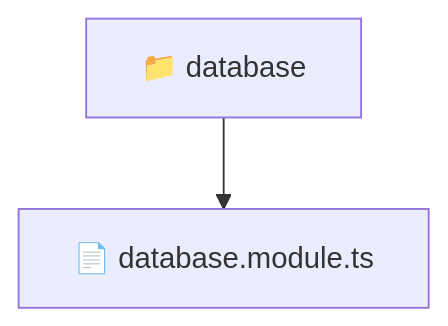
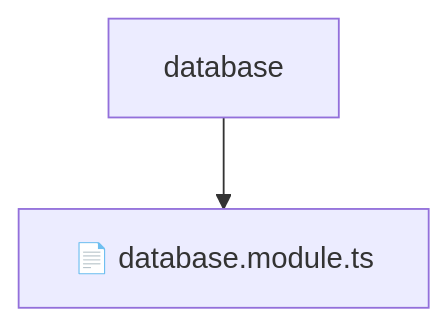
One commit to beginwebdev2002/fullstack-mavluda changed the diagram in backend/src/common/database/README.md. Above: the diagram before and after it, drawn with Mermaid. The commit also changed other lines of this file and 155 other files, not shown here.

````diff
--- a/backend/src/common/database/README.md
+++ b/backend/src/common/database/README.md
@@ -9,5 +14,5 @@
 ```mermaid
 graph TD
-  Root["📁 database"]
-  Root --> databasemodulets["📄 database.module.ts"]
+    Root[database]
+    Root --> F0[📄 database.module.ts]
 ```
````
